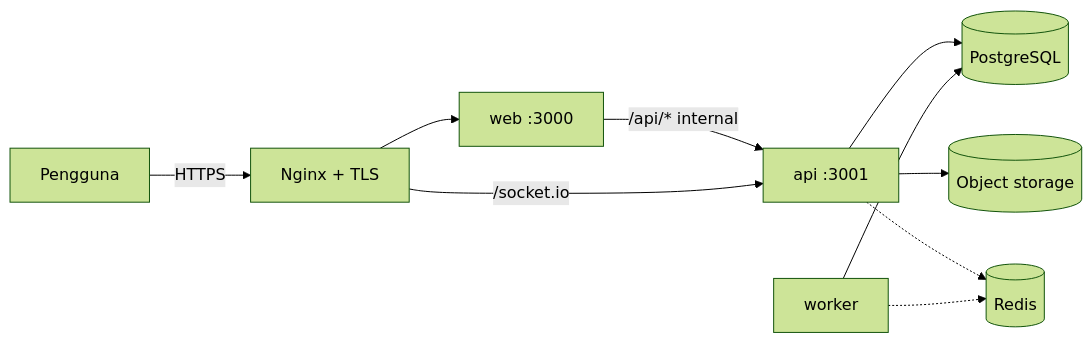
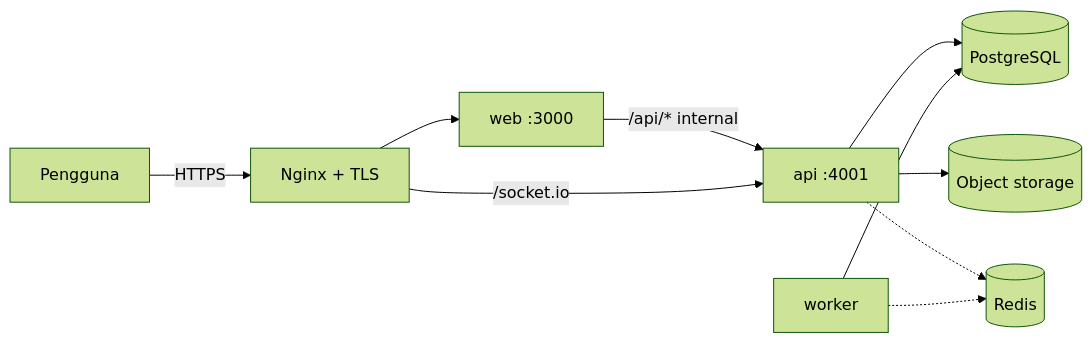
One commit to andirifqialnurr/merchant-operations-platform changed the first of 2 diagrams in docs/foundation/deploy.md. Above: the diagram before and after it, drawn with Mermaid (forest theme). The commit also changed other lines of this file and 3 other files, not shown here.

````diff
--- a/docs/foundation/deploy.md
+++ b/docs/foundation/deploy.md
@@ -129,12 +129,12 @@
 ```mermaid
 flowchart LR
     U[Pengguna] -->|HTTPS| RP[Nginx + TLS]
     RP --> WEB[web :3000]
-    WEB -->|/api/* internal| API[api :3001]
+    WEB -->|/api/* internal| API[api :4001]
     RP -->|/socket.io| API
     API --> PG[(PostgreSQL)]
     WK[worker] --> PG
     API --> S3[(Object storage)]
     API -.-> RD[(Redis)]
     WK -.-> RD
 ```
````
